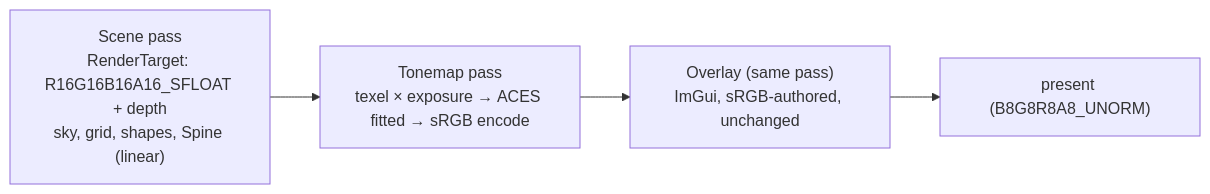
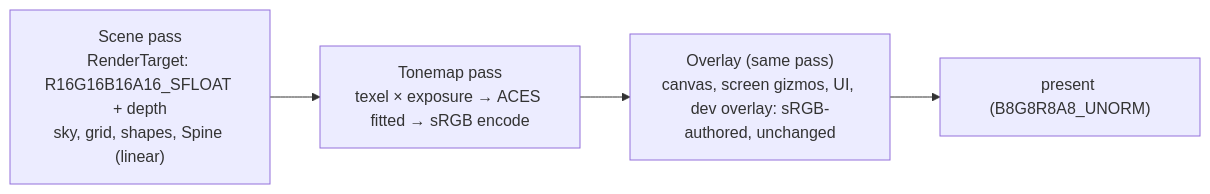
The diagram in docs/design/color-pipeline.md (Mainframe-Games/mainframe-engine), drawn with Mermaid before and after one commit. The commit also changed other lines of this file and 588 other files, not shown here.

````diff
--- a/docs/design/color-pipeline.md
+++ b/docs/design/color-pipeline.md
@@ -19,6 +19,6 @@
 ```mermaid
 flowchart LR
     S["Scene pass<br/>RenderTarget: R16G16B16A16_SFLOAT + depth<br/>sky, grid, shapes, Spine (linear)"] --> T["Tonemap pass<br/>texel × exposure → ACES fitted → sRGB encode"]
-    T --> O["Overlay (same pass)<br/>ImGui, sRGB-authored, unchanged"]
+    T --> O["Overlay (same pass)<br/>canvas, screen gizmos, UI, dev overlay: sRGB-authored, unchanged"]
     O --> P["present (B8G8R8A8_UNORM)"]
 ```
````
